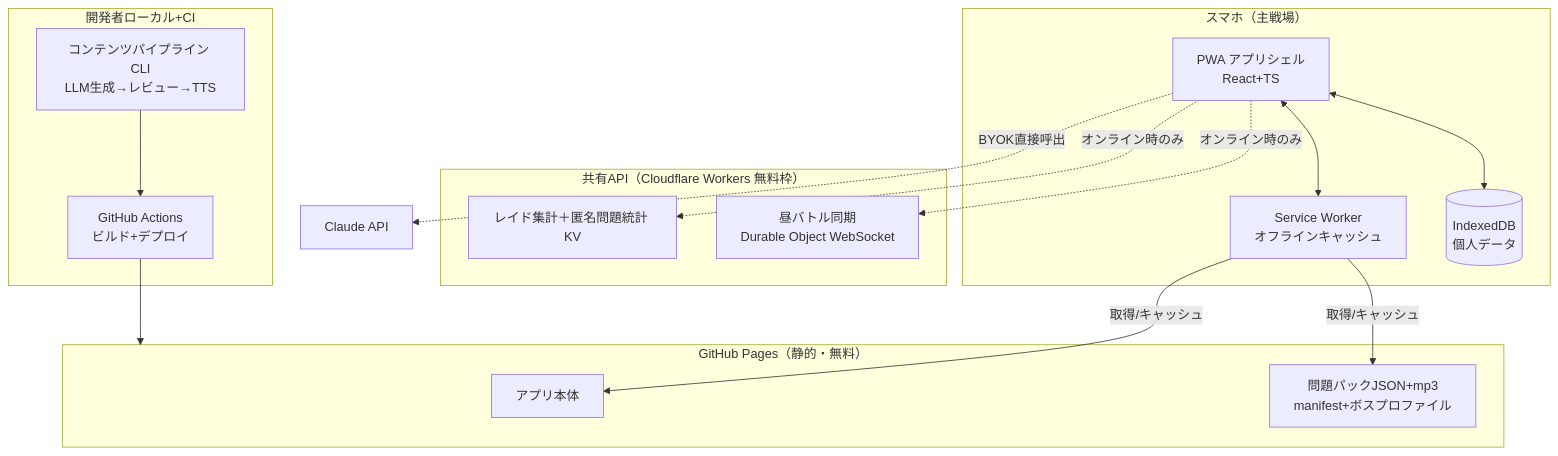
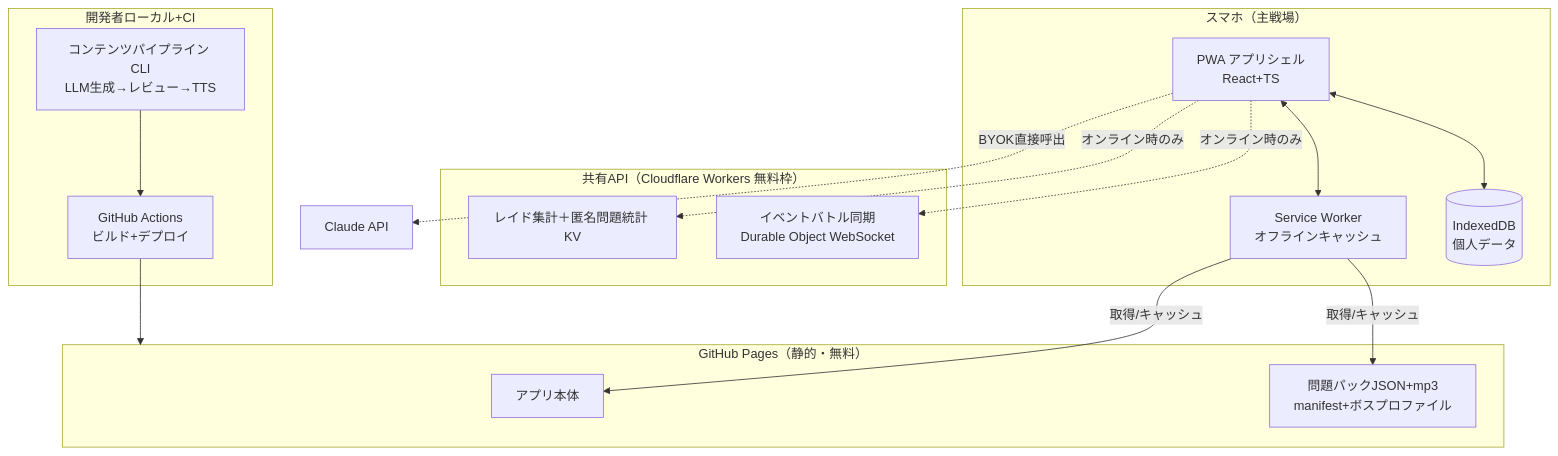
The diagram in docs/05_アーキテクチャ設計.md (war-lab/BEB-Raid), drawn with Mermaid before and after one commit. The commit also changed other lines of this file and 13 other files, not shown here.

````diff
--- a/docs/05_アーキテクチャ設計.md
+++ b/docs/05_アーキテクチャ設計.md
@@ -5,26 +5,26 @@
 ```mermaid
 flowchart TB
     subgraph Device["スマホ（主戦場）"]
         PWA[PWA アプリシェル<br>React+TS]
         SW[Service Worker<br>オフラインキャッシュ]
         IDB[(IndexedDB<br>個人データ)]
         PWA <--> IDB
         PWA <--> SW
     end
     subgraph Pages["GitHub Pages（静的・無料）"]
         SHELL[アプリ本体]
         CONTENT[問題パックJSON+mp3<br>manifest+ボスプロファイル]
     end
     subgraph Edge["共有API（Cloudflare Workers 無料枠）"]
         RAIDAPI[レイド集計＋匿名問題統計 KV]
-        ROOM[昼バトル同期<br>Durable Object WebSocket]
+        ROOM[イベントバトル同期<br>Durable Object WebSocket]
     end
     subgraph Local["開発者ローカル+CI"]
         PIPE[コンテンツパイプライン CLI<br>LLM生成→レビュー→TTS]
         GHA[GitHub Actions<br>ビルド+デプロイ]
     end
     SW -- 取得/キャッシュ --> SHELL & CONTENT
     PWA -. オンライン時のみ .-> RAIDAPI & ROOM
     PWA -. BYOK直接呼出 .-> LLMAPI[Claude API]
     PIPE --> GHA --> Pages
 ```
````
